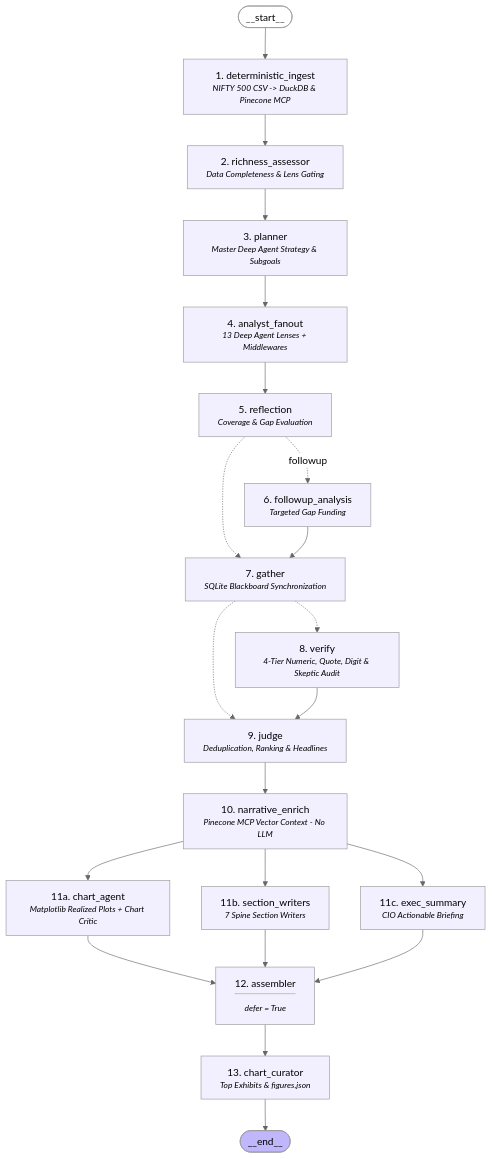
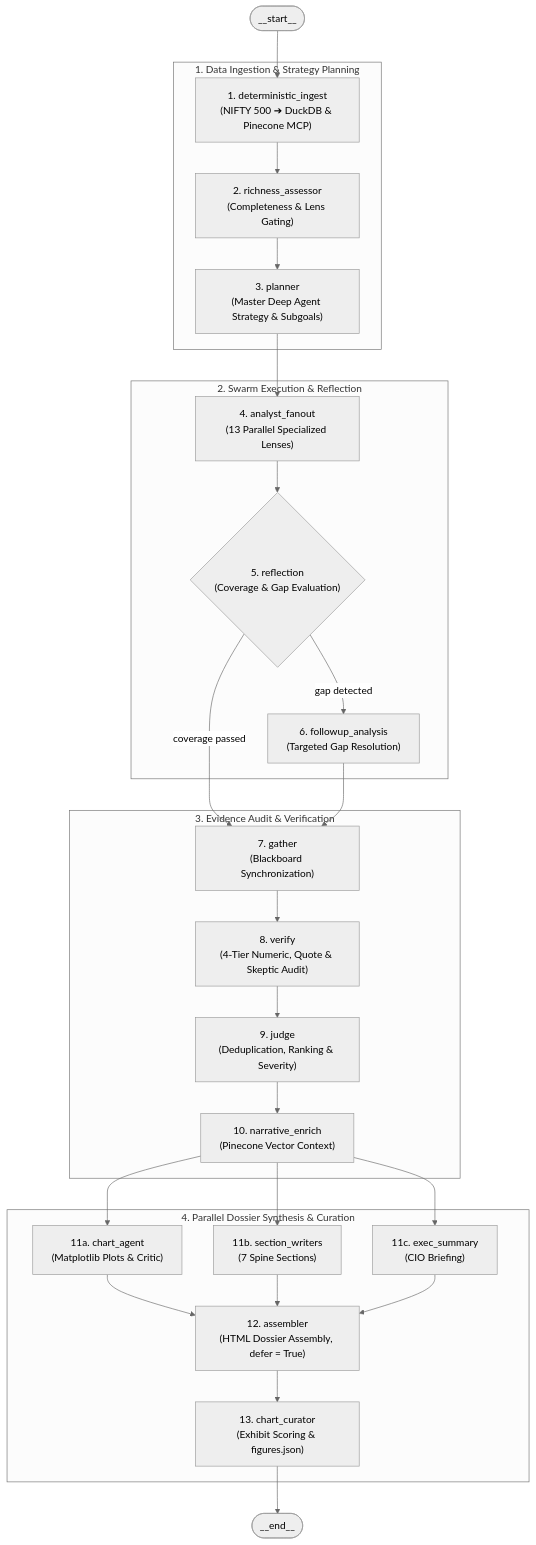
Before and after one commit to ambideXtrous9/Langchain-Langgraph-Notebooks: diagram 11 of 14 in README.md, drawn with Mermaid (neutral theme). The commit also changed other lines of this file, not shown here.

Commit message:
docs(readme): thoroughly clean, simplify and standardize all 14 architecture and workflow diagrams

````diff
--- a/README.md
+++ b/README.md
@@ -619,49 +608,52 @@
 ```mermaid
-graph TD;
-	__start__(["__start__"]):::first
-	deterministic_ingest["1. deterministic_ingest<br/><small><em>NIFTY 500 CSV -> DuckDB & Pinecone MCP</em></small>"]
-	richness_assessor["2. richness_assessor<br/><small><em>Data Completeness & Lens Gating</em></small>"]
-	planner["3. planner<br/><small><em>Master Deep Agent Strategy & Subgoals</em></small>"]
-	analyst_fanout["4. analyst_fanout<br/><small><em>13 Deep Agent Lenses + Middlewares</em></small>"]
-	reflection["5. reflection<br/><small><em>Coverage & Gap Evaluation</em></small>"]
-	followup_analysis["6. followup_analysis<br/><small><em>Targeted Gap Funding</em></small>"]
-	gather["7. gather<br/><small><em>SQLite Blackboard Synchronization</em></small>"]
-	verify["8. verify<br/><small><em>4-Tier Numeric, Quote, Digit & Skeptic Audit</em></small>"]
-	judge["9. judge<br/><small><em>Deduplication, Ranking & Headlines</em></small>"]
-	narrative_enrich["10. narrative_enrich<br/><small><em>Pinecone MCP Vector Context - No LLM</em></small>"]
-	chart_agent["11a. chart_agent<br/><small><em>Matplotlib Realized Plots + Chart Critic</em></small>"]
-	section_writers["11b. section_writers<br/><small><em>7 Spine Section Writers</em></small>"]
-	exec_summary["11c. exec_summary<br/><small><em>CIO Actionable Briefing</em></small>"]
-	assembler["12. assembler<hr/><small><em>defer = True</em></small>"]
-	chart_curator["13. chart_curator<br/><small><em>Top Exhibits & figures.json</em></small>"]
-	__end__(["__end__"]):::last
+flowchart TD
+    Start(["__start__"]) --> Ingest
 
-	__start__ --> deterministic_ingest;
-	deterministic_ingest --> richness_assessor;
-	richness_assessor --> planner;
-	planner --> analyst_fanout;
-	analyst_fanout --> reflection;
-	reflection -. "followup" .-> followup_analysis;
-	reflection -.-> gather;
-	followup_analysis --> gather;
-	gather -.-> verify;
-	gather -.-> judge;
-	verify --> judge;
-	judge --> narrative_enrich;
-	
-	%% Parallel Synthesis Join (defer = True)
-	narrative_enrich --> chart_agent;
-	narrative_enrich --> section_writers;
-	narrative_enrich --> exec_summary;
-	
-	chart_agent --> assembler;
-	section_writers --> assembler;
-	exec_summary --> assembler;
-	
-	assembler --> chart_curator;
-	chart_curator --> __end__;
+    subgraph Stage1 ["1. Data Ingestion & Strategy Planning"]
+        Ingest["1. deterministic_ingest\n(NIFTY 500 ➔ DuckDB & Pinecone MCP)"]
+        Assessor["2. richness_assessor\n(Completeness & Lens Gating)"]
+        Planner["3. planner\n(Master Deep Agent Strategy & Subgoals)"]
+        
+        Ingest --> Assessor --> Planner
+    end
 
-	classDef default fill:#f2f0ff,line-height:1.2
-	classDef first fill-opacity:0
-	classDef last fill:#bfb6fc
+    subgraph Stage2 ["2. Swarm Execution & Reflection"]
+        Fanout["4. analyst_fanout\n(13 Parallel Specialized Lenses)"]
+        Reflection{"5. reflection\n(Coverage & Gap Evaluation)"}
+        Followup["6. followup_analysis\n(Targeted Gap Resolution)"]
+        
+        Fanout --> Reflection
+        Reflection -->|gap detected| Followup
+    end
+
+    subgraph Stage3 ["3. Evidence Audit & Verification"]
+        Gather["7. gather\n(Blackboard Synchronization)"]
+        Verify["8. verify\n(4-Tier Numeric, Quote & Skeptic Audit)"]
+        Judge["9. judge\n(Deduplication, Ranking & Severity)"]
+        Enrich["10. narrative_enrich\n(Pinecone Vector Context)"]
+        
+        Gather --> Verify --> Judge --> Enrich
+    end
+
+    subgraph Stage4 ["4. Parallel Dossier Synthesis & Curation"]
+        ChartAgent["11a. chart_agent\n(Matplotlib Plots & Critic)"]
+        SectionWriters["11b. section_writers\n(7 Spine Sections)"]
+        ExecSummary["11c. exec_summary\n(CIO Briefing)"]
+        
+        Assembler["12. assembler\n(HTML Dossier Assembly, defer = True)"]
+        Curator["13. chart_curator\n(Exhibit Scoring & figures.json)"]
+        
+        ChartAgent --> Assembler
+        SectionWriters --> Assembler
+        ExecSummary --> Assembler
+        Assembler --> Curator
+    end
+
+    Planner --> Fanout
+    Reflection -->|coverage passed| Gather
+    Followup --> Gather
+    Enrich --> ChartAgent
+    Enrich --> SectionWriters
+    Enrich --> ExecSummary
+    Curator --> EndNode(["__end__"])
 ```
````
